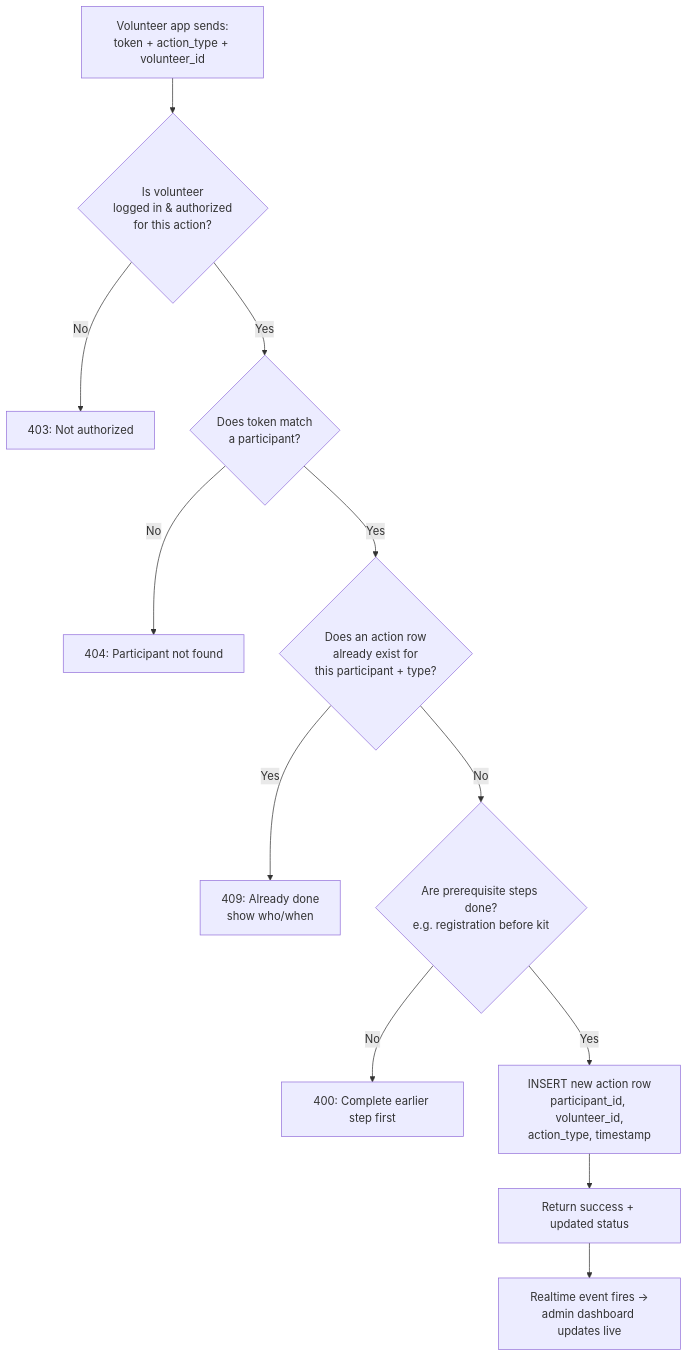
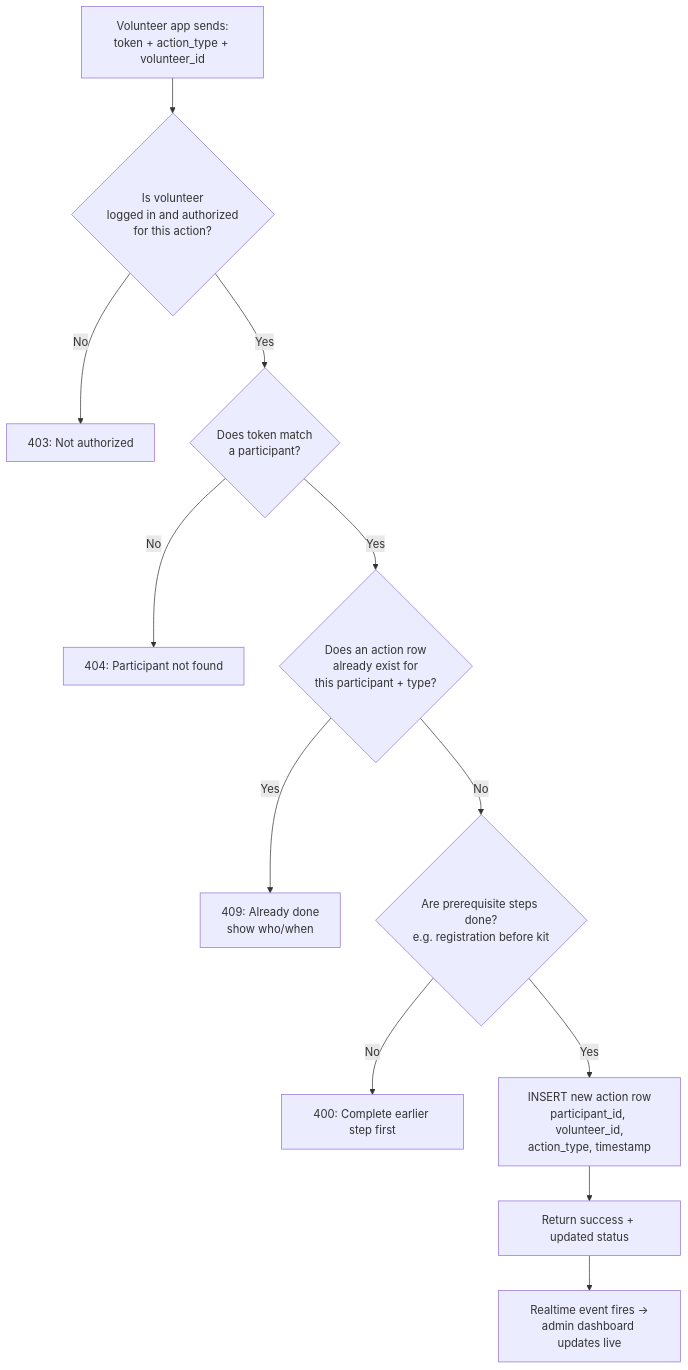
One commit to Prayas4590/TechForge2.0_App changed the fourth of 18 diagrams in Event_Entry.md. Above: the diagram before and after it, drawn with Mermaid. The commit also changed other lines of this file, not shown here.

````diff
--- a/Event_Entry.md
+++ b/Event_Entry.md
@@ -179,14 +179,14 @@
 ```mermaid
 flowchart TD
-    S[Volunteer app sends:<br/>token + action_type + volunteer_id] --> A{Is volunteer<br/>logged in & authorized<br/>for this action?}
+    S[Volunteer app sends:<br/>token + action_type + volunteer_id] --> A{Is volunteer<br/>logged in and authorized<br/>for this action?}
     A -- No --> E1[403: Not authorized]
     A -- Yes --> B{Does token match<br/>a participant?}
     B -- No --> E2[404: Participant not found]
     B -- Yes --> C{Does an action row<br/>already exist for<br/>this participant + type?}
     C -- Yes --> E3[409: Already done<br/>show who/when]
     C -- No --> D{Are prerequisite steps done?<br/>e.g. registration before kit}
     D -- No --> E4[400: Complete earlier step first]
     D -- Yes --> F[INSERT new action row<br/>participant_id, volunteer_id,<br/>action_type, timestamp]
     F --> G[Return success + updated status]
     G --> H[Realtime event fires →<br/>admin dashboard updates live]
 ```
````
